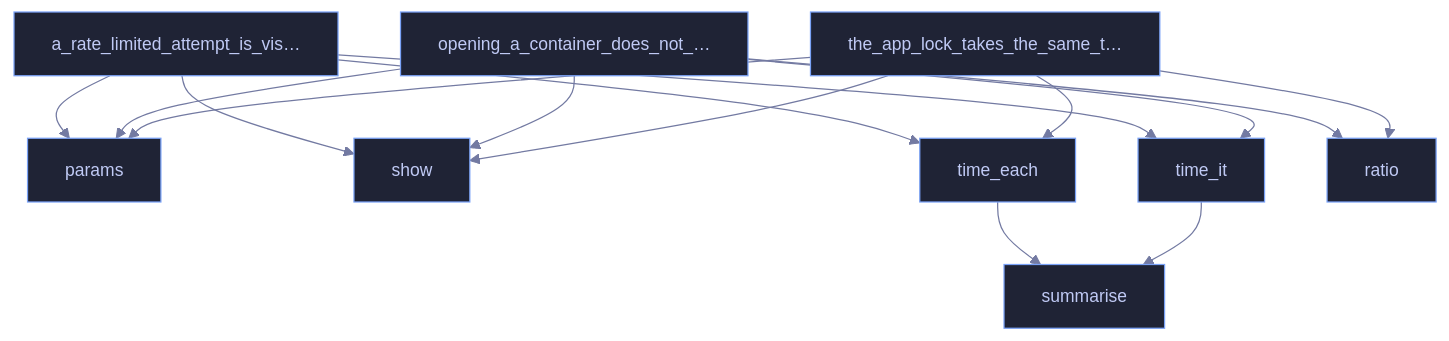
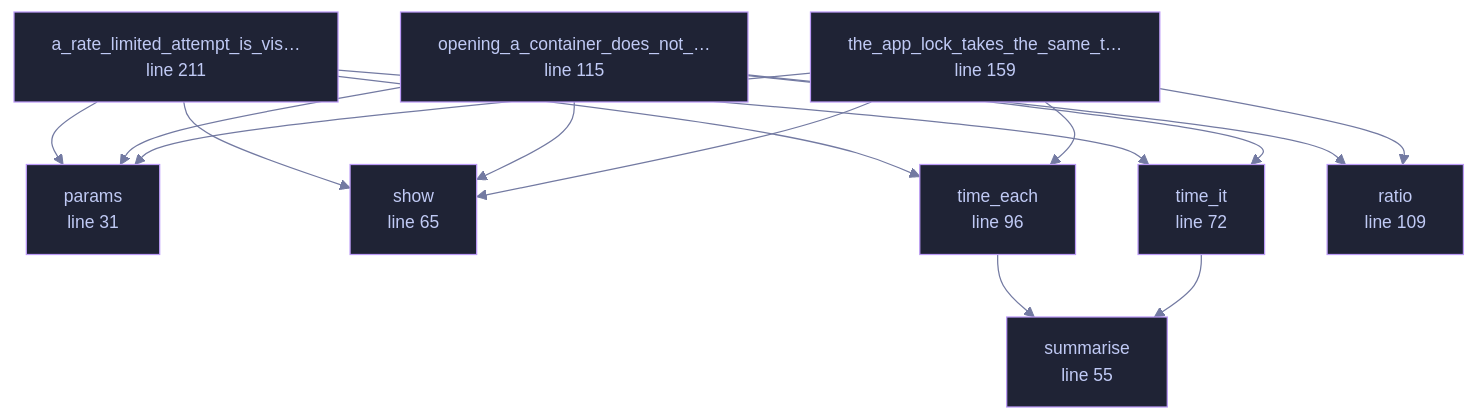
One commit to tilas01/veilvoice changed the diagram in wiki/File-veilvoice-crypto-tests-timing.md. Above: the diagram before and after it, drawn with Mermaid. The commit also changed other lines of this file and 182 other files, not shown here.

````diff
--- a/wiki/File-veilvoice-crypto-tests-timing.md
+++ b/wiki/File-veilvoice-crypto-tests-timing.md
@@ -38,27 +48,29 @@
 ```mermaid
 %%{init: {"theme":"base","themeVariables":{"background":"#1a1b26","primaryColor":"#1f2335","primaryTextColor":"#c0caf5","primaryBorderColor":"#7aa2f7","secondaryColor":"#16161e","tertiaryColor":"#16161e","lineColor":"#737aa2","textColor":"#c0caf5","mainBkg":"#1f2335","nodeBorder":"#7aa2f7","clusterBkg":"#16161e","clusterBorder":"#2f3549","fontFamily":"ui-monospace, SFMono-Regular, Consolas, monospace","fontSize":"14px"}}}%%
 flowchart TD
-    n_params["params"]
-    n_summarise["summarise"]
-    n_show["show"]
-    n_time_it["time_it"]
-    n_time_each["time_each"]
-    n_ratio["ratio"]
-    n_opening_a_container_does_not_leak_how_much_of_the_password_was_right["opening_a_container_does_not_…"]
-    n_the_app_lock_takes_the_same_time_whether_or_not_the_password_is_right["the_app_lock_takes_the_same_t…"]
-    n_a_rate_limited_attempt_is_visibly_cheaper_and_that_is_intended["a_rate_limited_attempt_is_vis…"]
+    n_params["params<br/>line 31"]
+    n_summarise["summarise<br/>line 55"]
+    n_show["show<br/>line 65"]
+    n_time_it["time_it<br/>line 72"]
+    n_time_each["time_each<br/>line 96"]
+    n_ratio["ratio<br/>line 109"]
+    n_opening_a_container_does_not_leak_how_much_of_the_password_was_right["opening_a_container_does_not_…<br/>line 115"]
+    n_the_app_lock_takes_the_same_time_whether_or_not_the_password_is_right["the_app_lock_takes_the_same_t…<br/>line 159"]
+    n_a_rate_limited_attempt_is_visibly_cheaper_and_that_is_intended["a_rate_limited_attempt_is_vis…<br/>line 211"]
     n_a_rate_limited_attempt_is_visibly_cheaper_and_that_is_intended --> n_params
     n_a_rate_limited_attempt_is_visibly_cheaper_and_that_is_intended --> n_show
     n_a_rate_limited_attempt_is_visibly_cheaper_and_that_is_intended --> n_time_each
     n_a_rate_limited_attempt_is_visibly_cheaper_and_that_is_intended --> n_time_it
     n_opening_a_container_does_not_leak_how_much_of_the_password_was_right --> n_params
     n_opening_a_container_does_not_leak_how_much_of_the_password_was_right --> n_ratio
     n_opening_a_container_does_not_leak_how_much_of_the_password_was_right --> n_show
     n_opening_a_container_does_not_leak_how_much_of_the_password_was_right --> n_time_it
     n_the_app_lock_takes_the_same_time_whether_or_not_the_password_is_right --> n_params
     n_the_app_lock_takes_the_same_time_whether_or_not_the_password_is_right --> n_ratio
     n_the_app_lock_takes_the_same_time_whether_or_not_the_password_is_right --> n_show
     n_the_app_lock_takes_the_same_time_whether_or_not_the_password_is_right --> n_time_each
     n_time_each --> n_summarise
     n_time_it --> n_summarise
+    classDef helper fill:#1f2335,stroke:#bb9af7,color:#c0caf5
+    class n_params,n_summarise,n_show,n_time_it,n_time_each,n_ratio,n_opening_a_container_does_not_leak_how_much_of_the_password_was_right,n_the_app_lock_takes_the_same_time_whether_or_not_the_password_is_right,n_a_rate_limited_attempt_is_visibly_cheaper_and_that_is_intended helper
 ```
````
